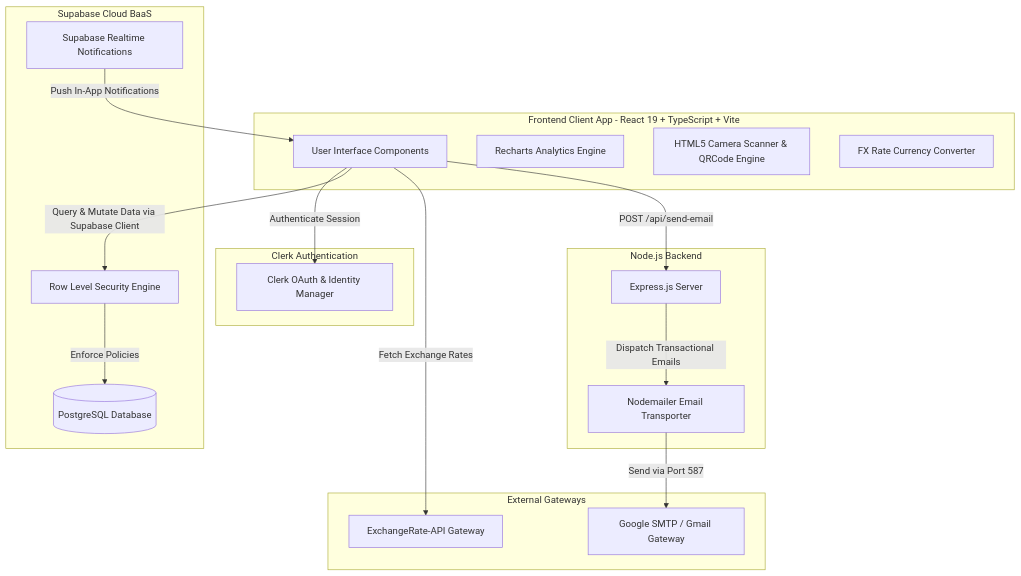
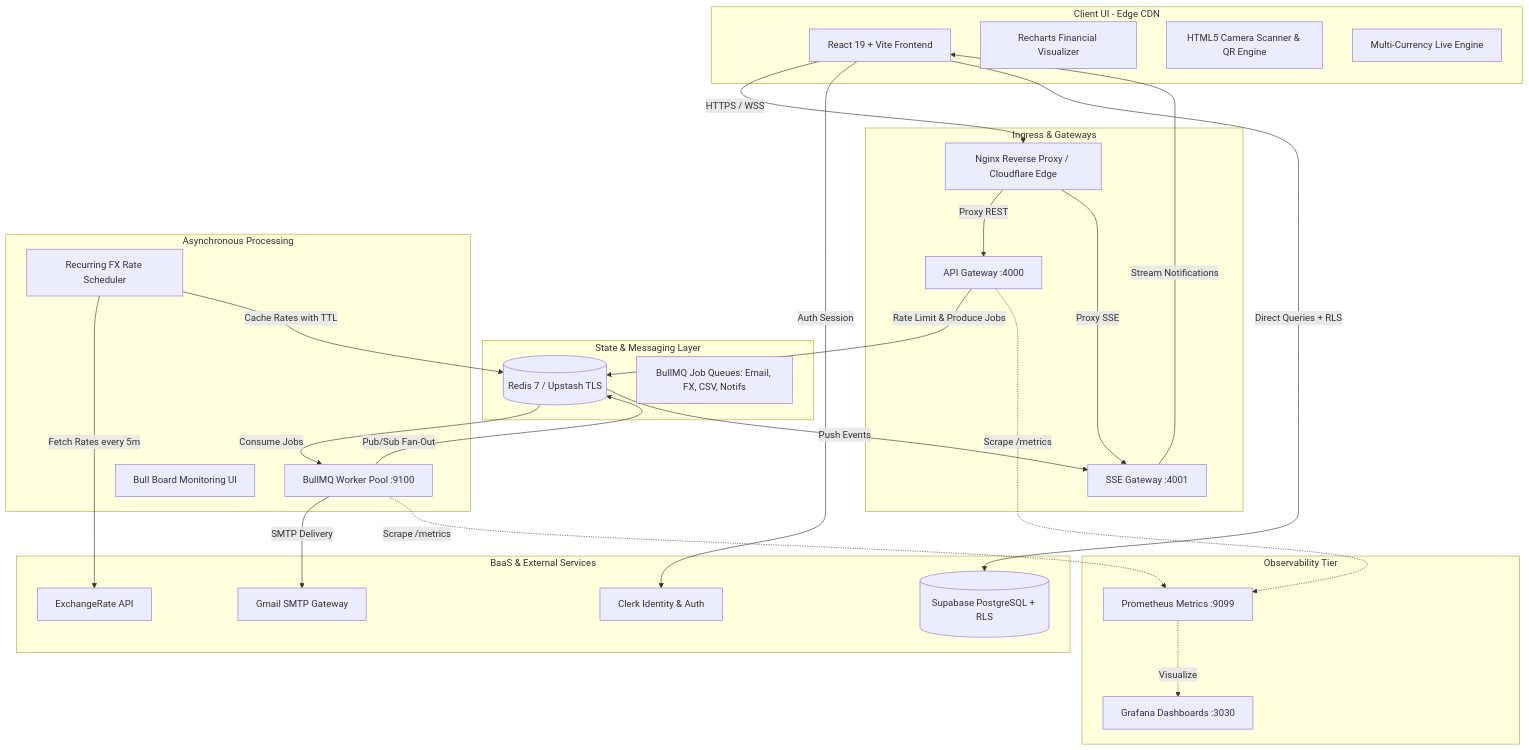
Before and after one commit to Patel-Priyank-1602/Expezplit: the first of 4 diagrams in information.md, drawn with Mermaid. The commit also changed other lines of this file and 4 other files, not shown here.

Commit message:
docs: document scalable microservices architecture, load benchmarks, and deployment topologies across all manuals

````diff
--- a/information.md
+++ b/information.md
@@ -59,39 +67,58 @@
 ```mermaid
 graph TD
-    subgraph Client Layer [Frontend Client App - React 19 + TypeScript + Vite]
-        UI[User Interface Components]
-        Analytics[Recharts Analytics Engine]
-        QRScanner[HTML5 Camera Scanner & QRCode Engine]
-        FXEngine[FX Rate Currency Converter]
+    subgraph Client Layer [Client UI - Edge CDN]
+        UI[React 19 + Vite Frontend]
+        Recharts[Recharts Financial Visualizer]
+        QRScanner[HTML5 Camera Scanner & QR Engine]
+        FXEngine[Multi-Currency Live Engine]
     end
 
-    subgraph Auth Layer [Clerk Authentication]
-        ClerkAuth[Clerk OAuth & Identity Manager]
+    subgraph Edge & Gateway [Ingress & Gateways]
+        Nginx[Nginx Reverse Proxy / Cloudflare Edge]
+        APIGateway[API Gateway :4000]
+        SSEGateway[SSE Gateway :4001]
     end
 
-    subgraph Database Layer [Supabase Cloud BaaS]
-        SupaDB[(PostgreSQL Database)]
-        RLS[Row Level Security Engine]
-        Realtime[Supabase Realtime Notifications]
+    subgraph State & Queues [State & Messaging Layer]
+        Redis[(Redis 7 / Upstash TLS)]
+        BullQueues[BullMQ Job Queues: Email, FX, CSV, Notifs]
     end
 
-    subgraph Microservice Layer [Node.js Backend]
-        ExpressServer[Express.js Server]
-        Nodemailer[Nodemailer Email Transporter]
+    subgraph Workers [Asynchronous Processing]
+        Worker[BullMQ Worker Pool :9100]
+        CronJob[Recurring FX Rate Scheduler]
+        BullBoard[Bull Board Monitoring UI]
     end
 
-    subgraph External APIs [External Gateways]
-        FX_API[ExchangeRate-API Gateway]
-        SMTP[Google SMTP / Gmail Gateway]
+    subgraph BaaS & External [BaaS & External Services]
+        ClerkAuth[Clerk Identity & Auth]
+        SupaDB[(Supabase PostgreSQL + RLS)]
+        SMTP[Gmail SMTP Gateway]
+        FX_API[ExchangeRate API]
     end
 
-    %% Interactions
-    UI -->|Authenticate Session| ClerkAuth
-    UI -->|Query & Mutate Data via Supabase Client| RLS
-    RLS -->|Enforce Policies| SupaDB
-    UI -->|Fetch Exchange Rates| FX_API
-    UI -->|POST /api/send-email| ExpressServer
-    ExpressServer -->|Dispatch Transactional Emails| Nodemailer
-    Nodemailer -->|Send via Port 587| SMTP
-    Realtime -->|Push In-App Notifications| UI
+    subgraph Observability [Observability Tier]
+        Prometheus[Prometheus Metrics :9099]
+        Grafana[Grafana Dashboards :3030]
+    end
+
+    %% Flow
+    UI -->|HTTPS / WSS| Nginx
+    Nginx -->|Proxy REST| APIGateway
+    Nginx -->|Proxy SSE| SSEGateway
+    UI -->|Auth Session| ClerkAuth
+    UI -->|Direct Queries + RLS| SupaDB
+
+    APIGateway -->|Rate Limit & Produce Jobs| Redis
+    Redis -->|Consume Jobs| Worker
+    Worker -->|SMTP Delivery| SMTP
+    CronJob -->|Fetch Rates every 5m| FX_API
+    CronJob -->|Cache Rates with TTL| Redis
+    Worker -->|Pub/Sub Fan-Out| Redis
+    Redis -->|Push Events| SSEGateway
+    SSEGateway -->|Stream Notifications| UI
+
+    APIGateway -.->|Scrape /metrics| Prometheus
+    Worker -.->|Scrape /metrics| Prometheus
+    Prometheus -.->|Visualize| Grafana
 ```
````
